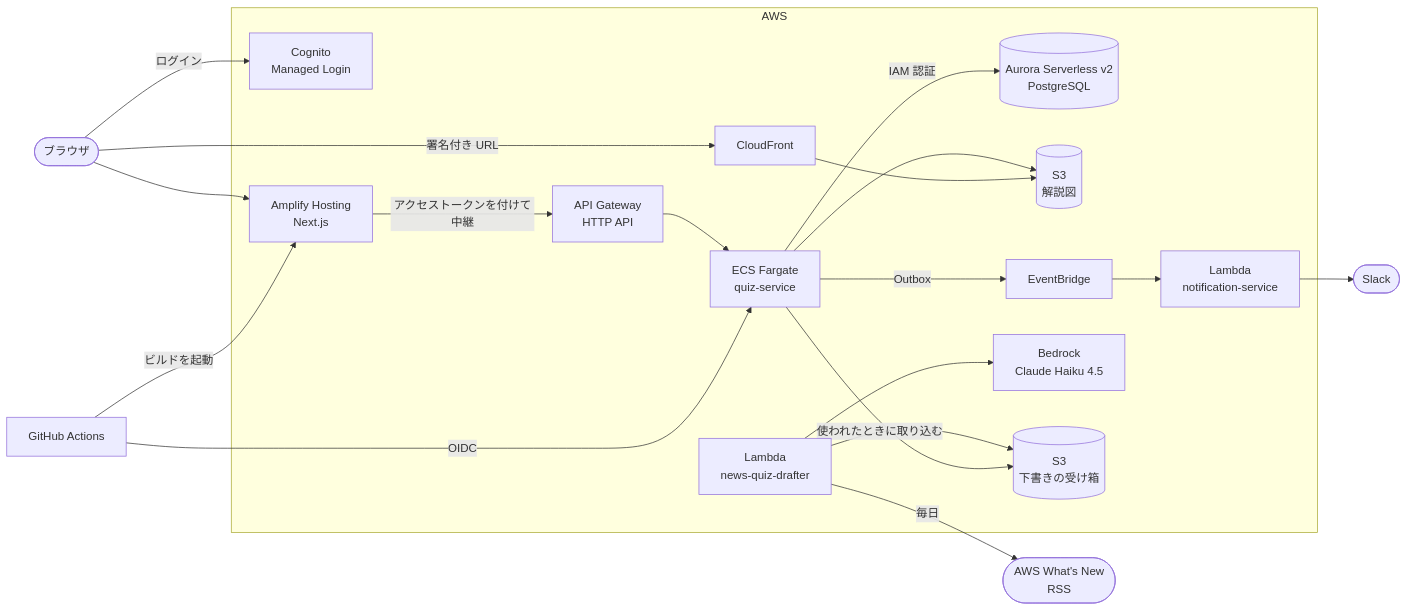
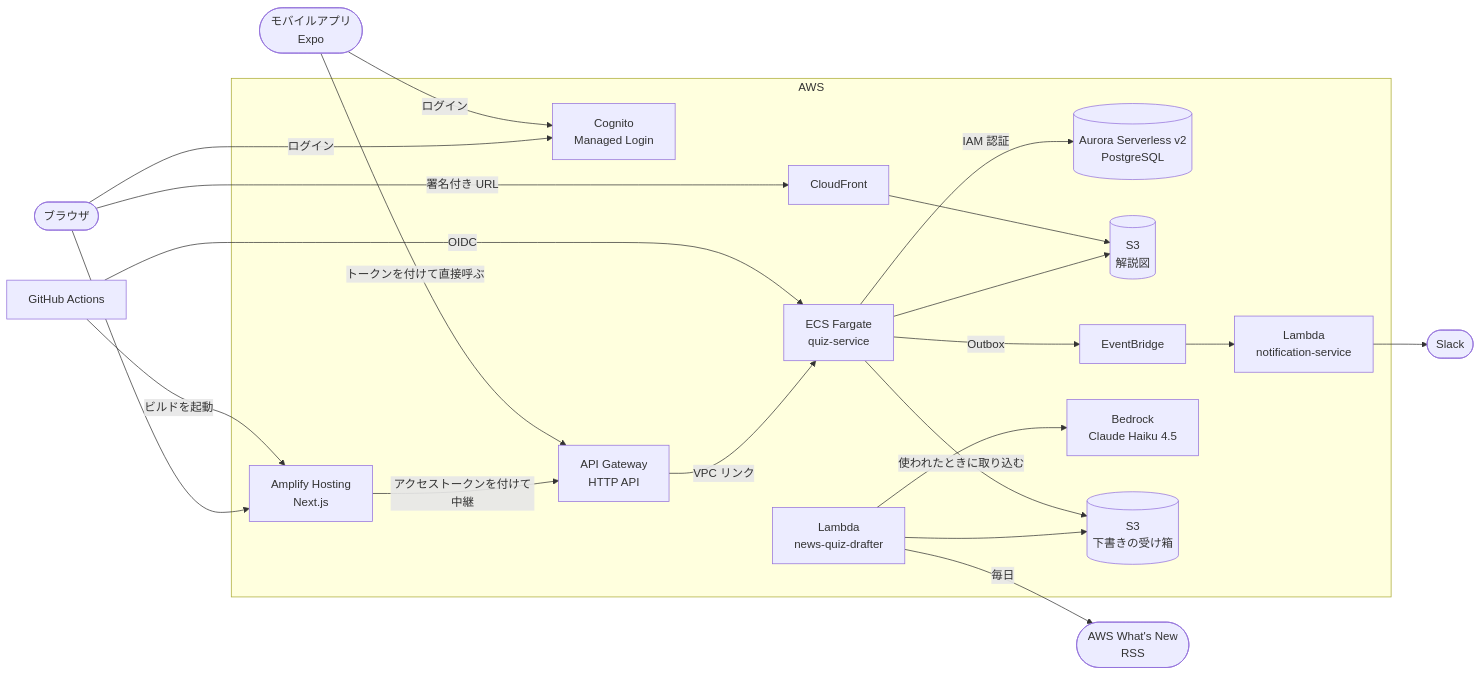
Before and after one commit to fujitamasayoshi0402/quiz-app: the diagram in README.md, drawn with Mermaid. The commit also changed other lines of this file, not shown here.

````diff
--- a/README.md
+++ b/README.md
@@ -97,36 +101,40 @@
 ```mermaid
 flowchart LR
   browser([ブラウザ])
+  mobile([モバイルアプリ<br/>Expo])
   gha[GitHub Actions]
   slack([Slack])
+  news([AWS What's New<br/>RSS])
 
   subgraph aws [AWS]
     cognito[Cognito<br/>Managed Login]
     amplify[Amplify Hosting<br/>Next.js]
     apigw[API Gateway<br/>HTTP API]
     ecs[ECS Fargate<br/>quiz-service]
     aurora[(Aurora Serverless v2<br/>PostgreSQL)]
     s3[(S3<br/>解説図)]
     cloudfront[CloudFront]
     eventbridge[EventBridge]
     lambda[Lambda<br/>notification-service]
     drafter[Lambda<br/>news-quiz-drafter]
     bedrock[Bedrock<br/>Claude Haiku 4.5]
     inbox[(S3<br/>下書きの受け箱)]
   end
-  news([AWS What's New<br/>RSS])
 
   browser -- ログイン --> cognito
+  mobile -- ログイン --> cognito
   browser --> amplify
-  amplify -- アクセストークンを付けて中継 --> apigw --> ecs
+  amplify -- アクセストークンを付けて中継 --> apigw
+  mobile -- トークンを付けて直接呼ぶ --> apigw
+  apigw -- VPC リンク --> ecs
   ecs -- IAM 認証 --> aurora
   ecs --> s3
   browser -- 署名付き URL --> cloudfront --> s3
   ecs -- Outbox --> eventbridge --> lambda --> slack
   drafter -- 毎日 --> news
   drafter --> bedrock
   drafter --> inbox
   ecs -- 使われたときに取り込む --> inbox
   gha -- OIDC --> ecs
   gha -- ビルドを起動 --> amplify
 ```
````
